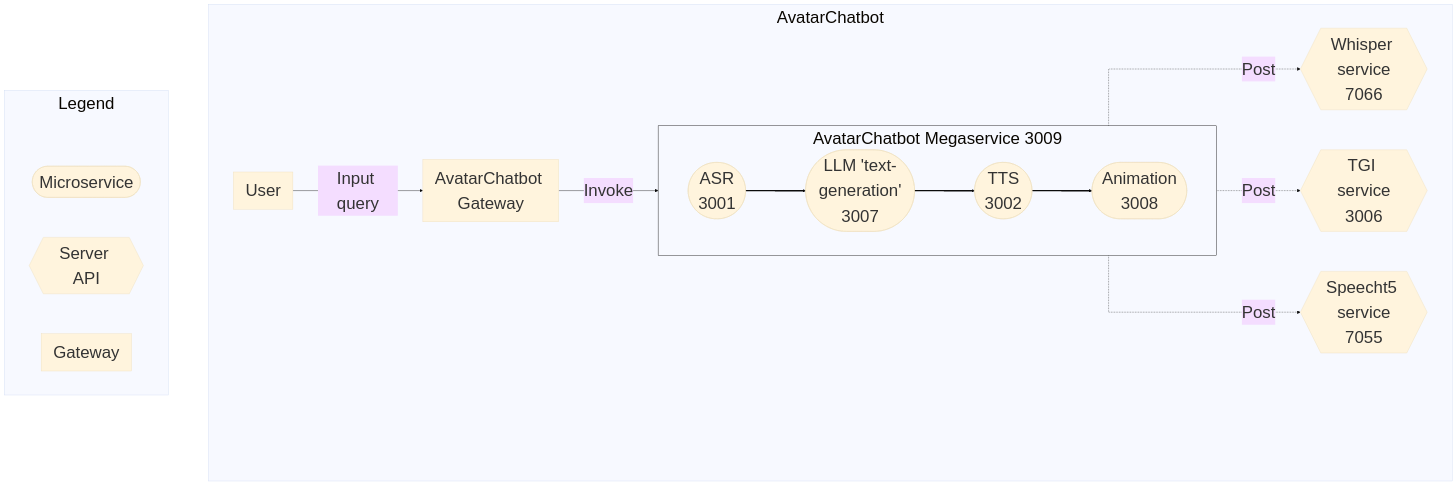
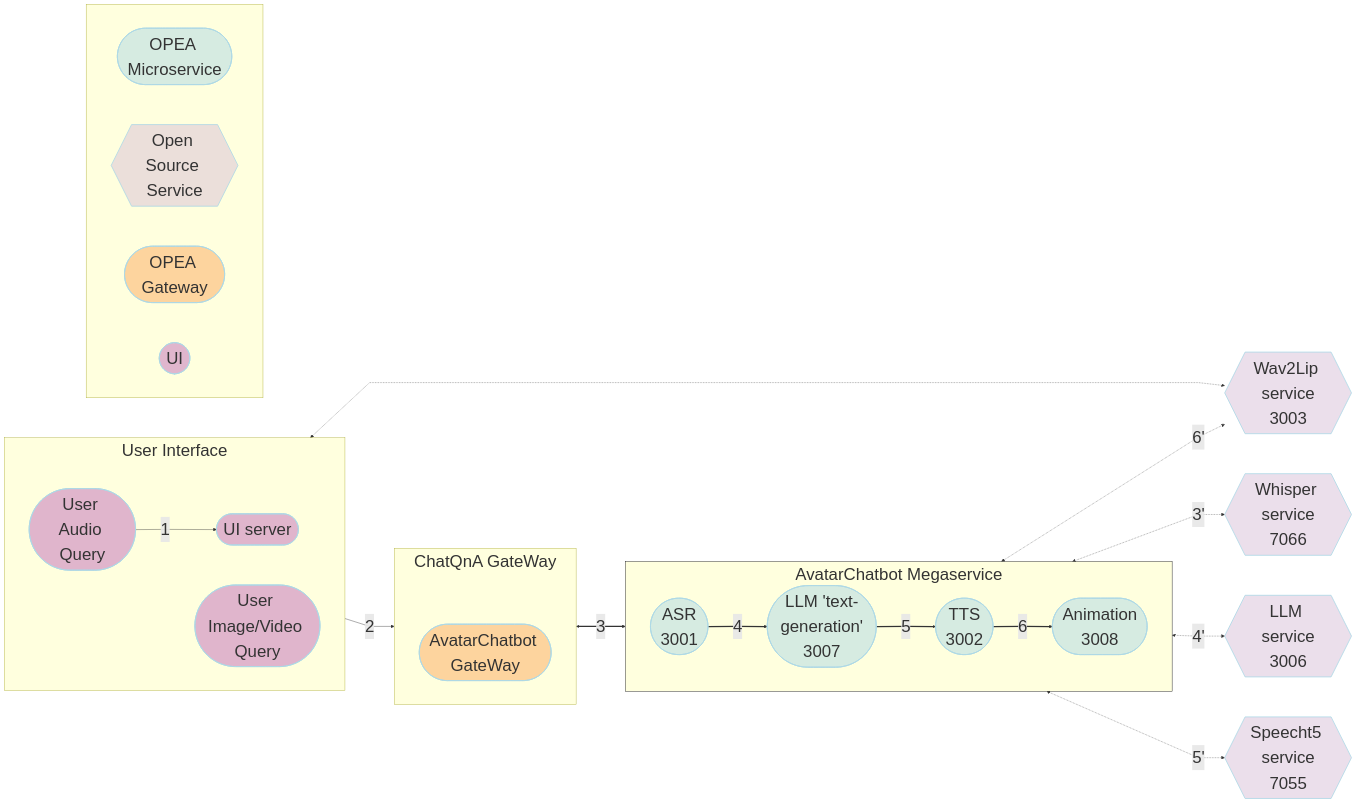
One commit to opea-project/docs changed the second of 2 diagrams in community/rfcs/24-08-02-OPEA-AIAvatarChatbot.md. Above: the diagram before and after it, drawn with Mermaid. The commit also changed other lines of this file, not shown here.

Commit message:
Update avatar flowchart

````diff
--- a/community/rfcs/24-08-02-OPEA-AIAvatarChatbot.md
+++ b/community/rfcs/24-08-02-OPEA-AIAvatarChatbot.md
@@ -109,43 +109,68 @@
 ```mermaid
 ---
 config:
   flowchart:
     nodeSpacing: 100
     rankSpacing: 100
-    curve: stepBefore
-  theme: base
+    curve: linear
   themeVariables:
     fontSize: 42px
 ---
-flowchart TB
+flowchart LR
+    %% Colors %%
+    classDef blue fill:#ADD8E6,stroke:#ADD8E6,stroke-width:2px,fill-opacity:0.5
+    classDef thistle fill:#D8BFD8,stroke:#ADD8E6,stroke-width:2px,fill-opacity:0.5
+    classDef orange fill:#FBAA60,stroke:#ADD8E6,stroke-width:2px,fill-opacity:0.5
+    classDef orchid fill:#C26DBC,stroke:#ADD8E6,stroke-width:2px,fill-opacity:0.5
     classDef invisible fill:transparent,stroke:transparent;
-    style Megaservice stroke:#000000
-    subgraph AvatarChatbot
+    style AvatarChatbot-Megaservice stroke:#000000
+
+    %% Subgraphs %%    
+    subgraph AvatarChatbot-Megaservice["AvatarChatbot Megaservice"]
         direction LR
-        invisible1[ ]:::invisible 
-        invisible2[ ]:::invisible
-        A[User] --> |Input query| B[AvatarChatbot Gateway]
-        B --> |Invoke| Megaservice
-        subgraph Megaservice["AvatarChatbot Megaservice 3009"]
-            direction LR
-            C([ASR<br>3001])
-            E([LLM 'text-generation'<br>3007])
-            G([TTS<br>3002])
-            I([Animation<br>3008])
-            C ==> E ==> G ==> I
-        end
-        D{{Whisper service<br>7066}}
-        F{{TGI service<br>3006}}
-        H{{Speecht5 service<br>7055}}
-        C -. Post .-> D
-        E -. Post .-> F
-        G -. Post .-> H
+        ASR([ASR<br>3001]):::blue
+        LLM([LLM 'text-generation'<br>3007]):::blue
+        TTS([TTS<br>3002]):::blue
+        animation([Animation<br>3008]):::blue
     end
-    subgraph Legend
+    subgraph UserInterface["User Interface"]
         direction LR
-        invisible3[ ]:::invisible
-        L([Microservice]) 
-        M{{Server API}} 
-        N[Gateway]
+        invis1[ ]:::invisible
+        USER1([User Audio Query]):::orchid
+        USER2([User Image/Video Query]):::orchid
+        UI([UI server<br>]):::orchid
     end
+    subgraph ChatQnA GateWay
+        direction LR
+        invis2[ ]:::invisible
+        GW([AvatarChatbot GateWay<br>]):::orange
+    end
+    subgraph  
+        direction LR
+        X([OPEA Microservice]):::blue
+        Y{{Open Source Service}}:::thistle
+        Z([OPEA Gateway]):::orange
+        Z1([UI]):::orchid
+    end
+
+    %% Services %%    
+    WHISPER{{Whisper service<br>7066}}:::thistle
+    TGI{{LLM service<br>3006}}:::thistle
+    T5{{Speecht5 service<br>7055}}:::thistle
+    WAV2LIP{{Wav2Lip service<br>3003}}:::thistle
+
+    %% Connections %%
+    direction LR
+    USER1 -->|1| UI
+    UI -->|2| GW
+    GW <==>|3| AvatarChatbot-Megaservice
+    ASR ==>|4| LLM ==>|5| TTS ==>|6| animation
+
+    direction TB
+    ASR <-.->|3'| WHISPER
+    LLM <-.->|4'| TGI
+    TTS <-.->|5'| T5
+    animation <-.->|6'| WAV2LIP
+
+    USER2 <-.-> WAV2LIP
 ```
````
